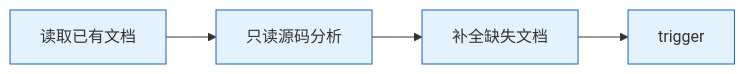
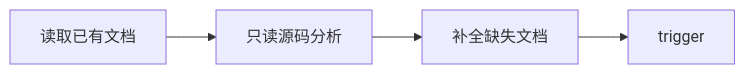
Before and after one commit to effiy/YrY: diagram 13 of 17 in skills/rui/SKILL.md, drawn with Mermaid. The commit also changed other lines of this file and 61 other files, not shown here.

````diff
--- a/skills/rui/SKILL.md
+++ b/skills/rui/SKILL.md
@@ -778,7 +799,6 @@
 ```mermaid
 flowchart LR
     A[读取已有文档]:::s --> B[只读源码分析]:::s
     B --> C[补全缺失文档]:::s
     C --> D[trigger]:::s
-    classDef s fill:#e3f2fd,stroke:#1565c0;
 ```
````
